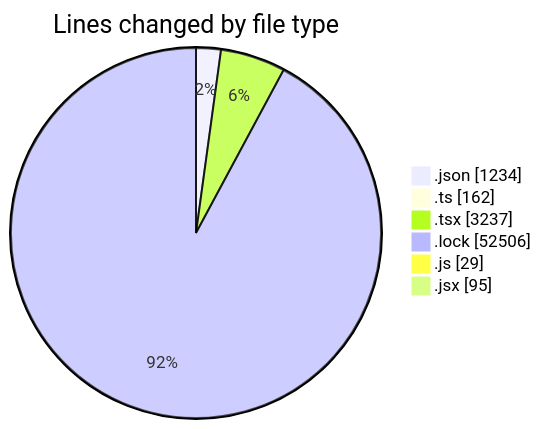
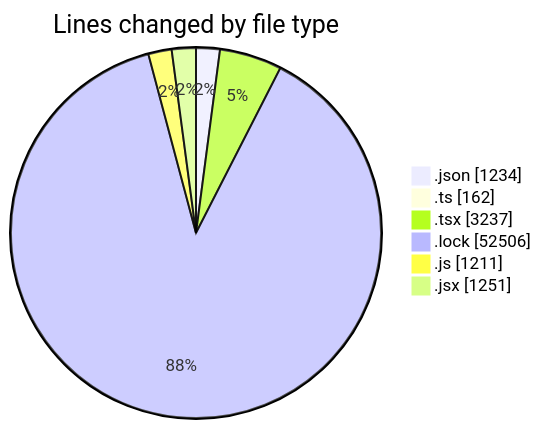
The first of 2 diagrams in 2025-05-07/cda/README.md (momahboobian/code-tracking), drawn with Mermaid before and after one commit. The commit also changed other lines of this file and 1 other file, not shown here.

````diff
--- a/2025-05-07/cda/README.md
+++ b/2025-05-07/cda/README.md
@@ -61,10 +74,10 @@
 ```mermaid
 pie showData
 title Lines changed by file type
 ".json" : 1234
 ".ts" : 162
 ".tsx" : 3237
 ".lock" : 52506
-".js" : 29
-".jsx" : 95
+".js" : 1211
+".jsx" : 1251
 ```
````
